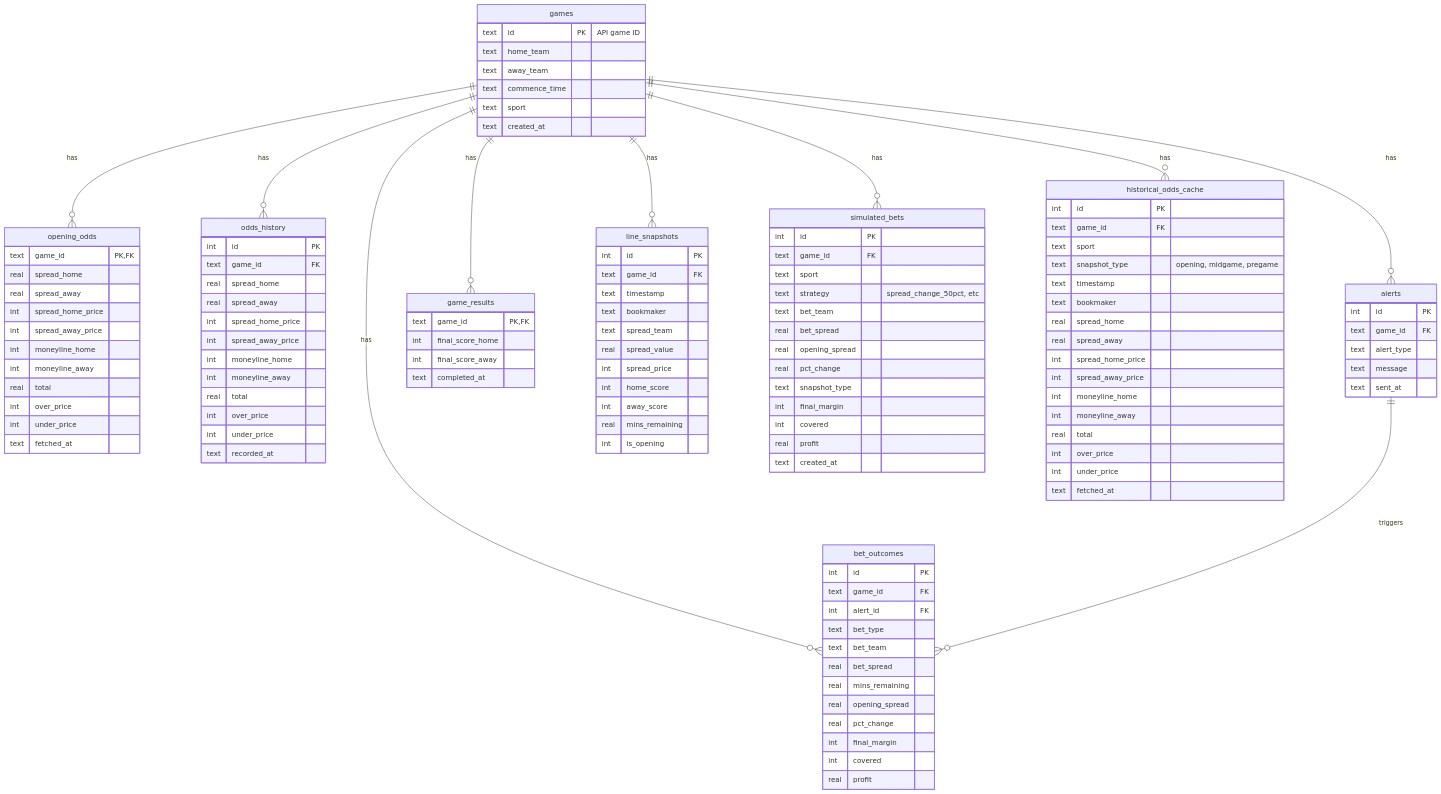
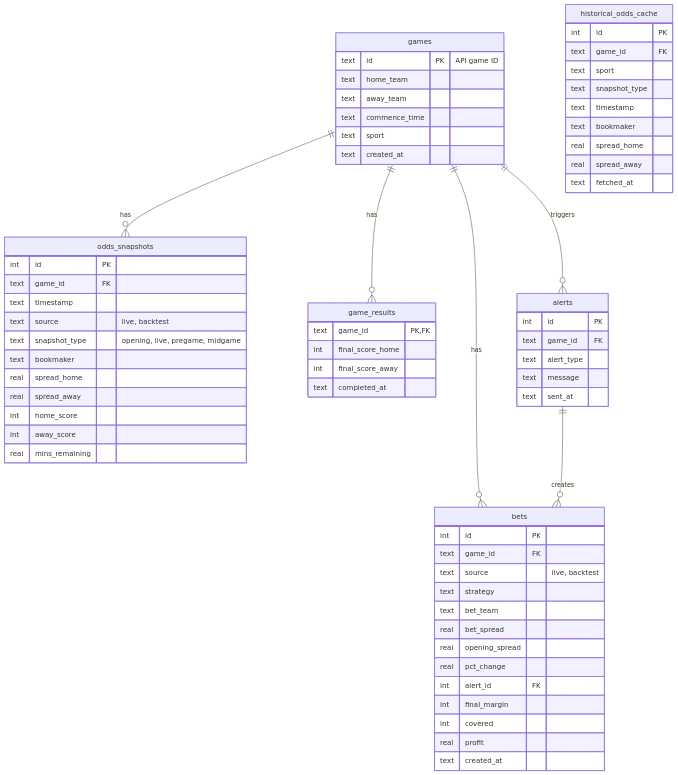
One commit to jordangalexander/live-odds-monitor changed the diagram in docs/database/schema.md. Above: the diagram before and after it, drawn with Mermaid. The commit also changed other lines of this file and 8 other files, not shown here.

````diff
--- a/docs/database/schema.md
+++ b/docs/database/schema.md
@@ -5,14 +15,10 @@
 ```mermaid
 erDiagram
-    games ||--o{ opening_odds : has
-    games ||--o{ odds_history : has
-    games ||--o{ alerts : has
+    games ||--o{ odds_snapshots : has
+    games ||--o{ bets : has
     games ||--o{ game_results : has
-    games ||--o{ line_snapshots : has
-    games ||--o{ bet_outcomes : has
-    games ||--o{ simulated_bets : has
-    games ||--o{ historical_odds_cache : has
-    alerts ||--o{ bet_outcomes : triggers
+    games ||--o{ alerts : triggers
+    alerts ||--o{ bets : creates
 
     games {
         text id PK "API game ID"
@@ -23,33 +29,41 @@
         text created_at
     }
 
-    opening_odds {
+    game_results {
         text game_id PK,FK
+        int final_score_home
+        int final_score_away
+        text completed_at
+    }
+
+    odds_snapshots {
+        int id PK
+        text game_id FK
+        text timestamp
+        text source "live, backtest"
+        text snapshot_type "opening, live, pregame, midgame"
+        text bookmaker
         real spread_home
         real spread_away
-        int spread_home_price
-        int spread_away_price
-        int moneyline_home
-        int moneyline_away
-        real total
-        int over_price
-        int under_price
-        text fetched_at
+        int home_score
+        int away_score
+        real mins_remaining
     }
 
-    odds_history {
+    bets {
         int id PK
         text game_id FK
-        real spread_home
-        real spread_away
-        int spread_home_price
-        int spread_away_price
-        int moneyline_home
-        int moneyline_away
-        real total
-        int over_price
-        int under_price
-        text recorded_at
+        text source "live, backtest"
+        text strategy
+        text bet_team
+        real bet_spread
+        real opening_spread
+        real pct_change
+        int alert_id FK
+        int final_margin
+        int covered
+        real profit
+        text created_at
     }
 
     alerts {
@@ -60,74 +74,15 @@
         text sent_at
     }
 
-    game_results {
-        text game_id PK,FK
-        int final_score_home
-        int final_score_away
-        text completed_at
-    }
-
-    line_snapshots {
-        int id PK
-        text game_id FK
-        text timestamp
-        text bookmaker
-        text spread_team
-        real spread_value
-        int spread_price
-        int home_score
-        int away_score
-        real mins_remaining
-        int is_opening
-    }
-
-    bet_outcomes {
-        int id PK
-        text game_id FK
-        int alert_id FK
-        text bet_type
-        text bet_team
-        real bet_spread
-        real mins_remaining
-        real opening_spread
-        real pct_change
-        int final_margin
-        int covered
-        real profit
-    }
-
     historical_odds_cache {
         int id PK
         text game_id FK
         text sport
-        text snapshot_type "opening, midgame, pregame"
+        text snapshot_type
         text timestamp
         text bookmaker
         real spread_home
         real spread_away
-        int spread_home_price
-        int spread_away_price
-        int moneyline_home
-        int moneyline_away
-        real total
-        int over_price
-        int under_price
         text fetched_at
     }
-
-    simulated_bets {
-        int id PK
-        text game_id FK
-        text sport
-        text strategy "spread_change_50pct, etc"
-        text bet_team
-        real bet_spread
-        real opening_spread
-        real pct_change
-        text snapshot_type
-        int final_margin
-        int covered
-        real profit
-        text created_at
-    }
 ```
````
